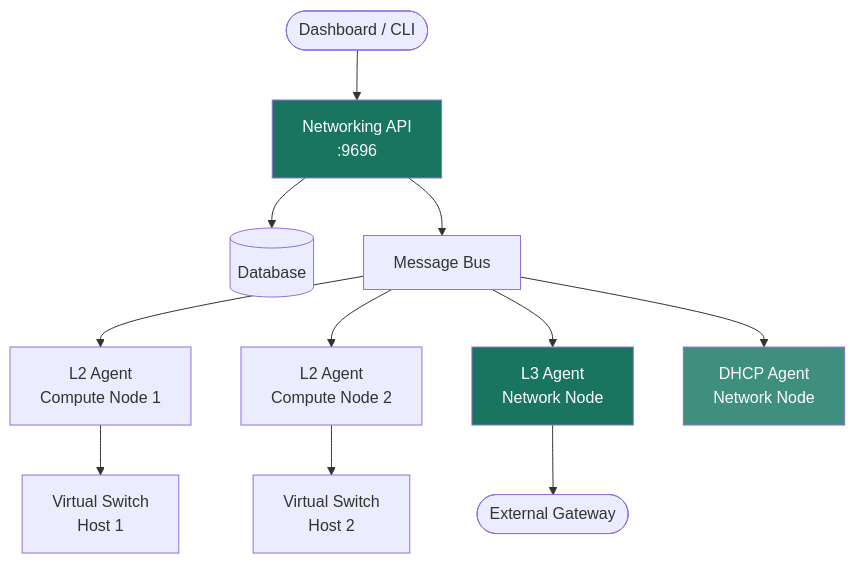
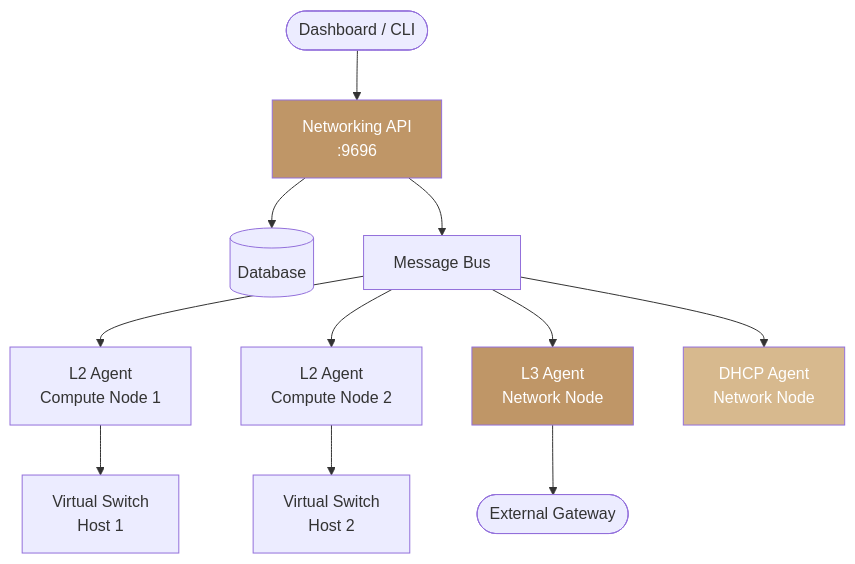
One commit to ankur-kumar87/docs-polystack changed the diagram in services/networking/admin-guide.mdx. Above: the diagram before and after it, drawn with Mermaid. The commit also changed other lines of this file and 395 other files, not shown here.

````diff
--- a/services/networking/admin-guide.mdx
+++ b/services/networking/admin-guide.mdx
@@ -100,16 +100,16 @@
 ```mermaid
 graph TD
     U([Dashboard / CLI]) --> API[Networking API<br/>:9696]
     API --> DB[(Database)]
     API --> MQ[Message Bus]
     MQ --> L2A1[L2 Agent<br/>Compute Node 1]
     MQ --> L2A2[L2 Agent<br/>Compute Node 2]
     MQ --> L3A[L3 Agent<br/>Network Node]
     MQ --> DHCP[DHCP Agent<br/>Network Node]
     L3A --> GW([External Gateway])
     L2A1 --> VS1[Virtual Switch<br/>Host 1]
     L2A2 --> VS2[Virtual Switch<br/>Host 2]
-    style API fill:#197560,color:#fff
-    style L3A fill:#197560,color:#fff
-    style DHCP fill:#3F8F7E,color:#fff
+    style API fill:#bf9667,color:#fff
+    style L3A fill:#bf9667,color:#fff
+    style DHCP fill:#d7b98e,color:#fff
 ```
````
